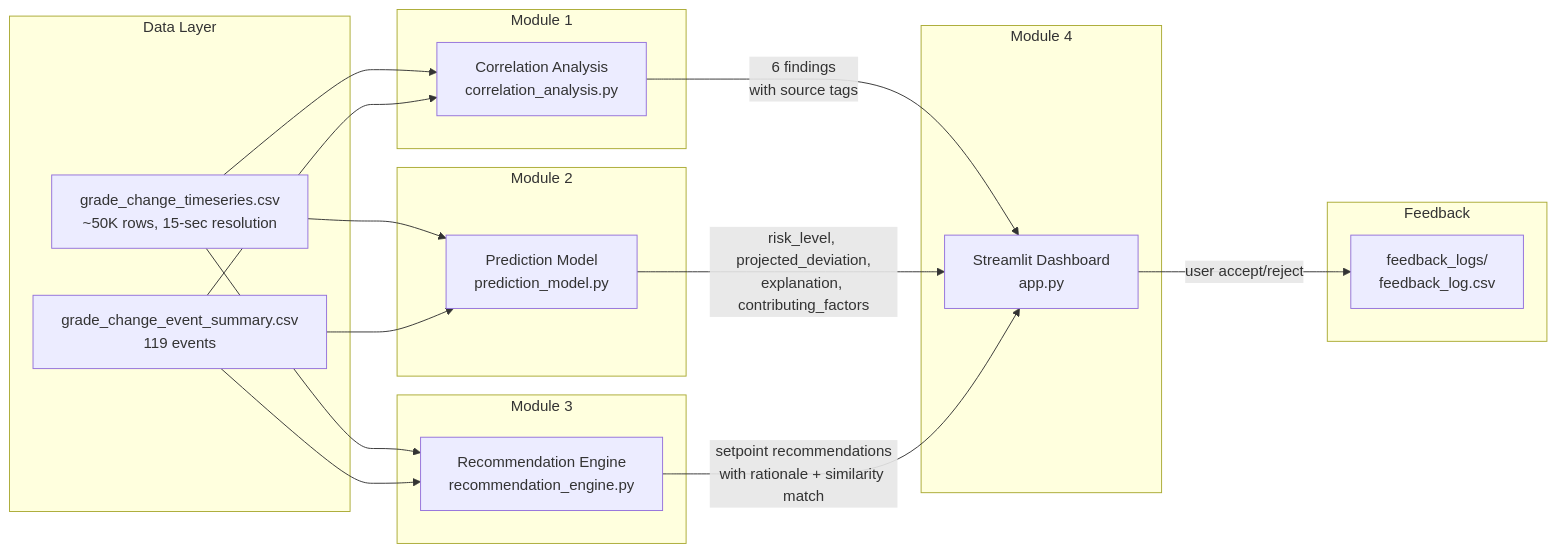
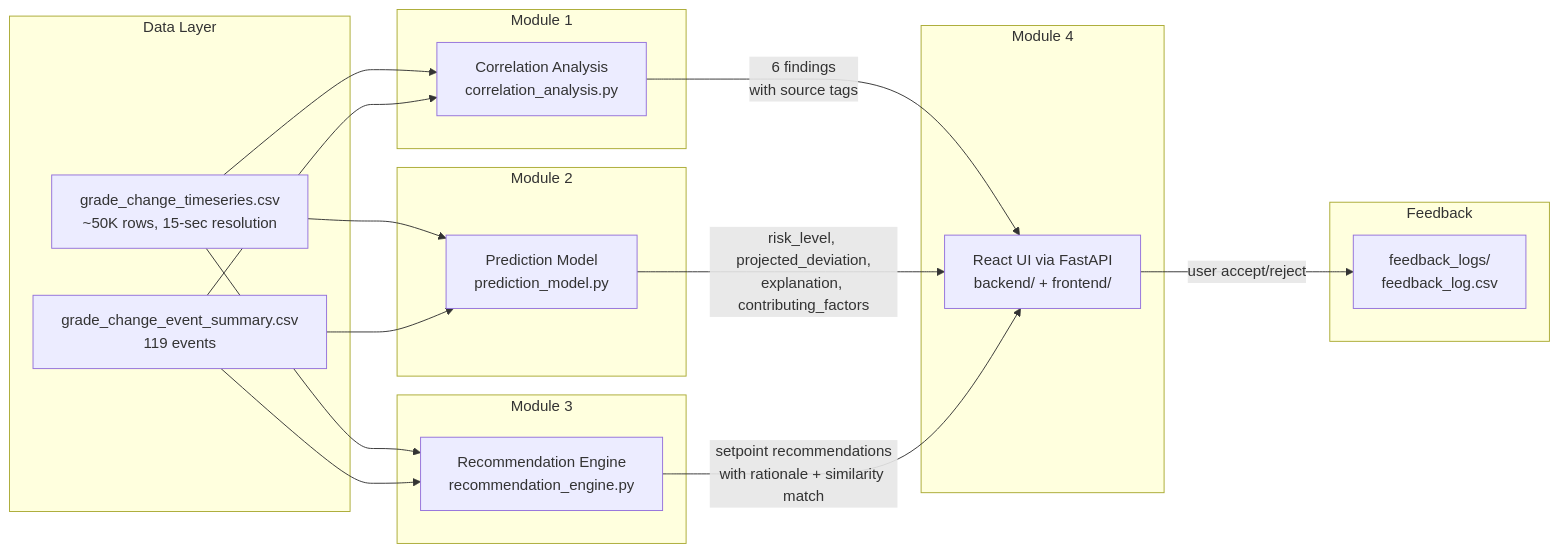
One commit to ritik-roushan-rana/grade-change-intelligence changed the diagram in docs/ARCHITECTURE.md. Above: the diagram before and after it, drawn with Mermaid. The commit also changed other lines of this file and 1 other file, not shown here.

First line of the commit message:
Update docs to describe the FastAPI + React interface

````diff
--- a/docs/ARCHITECTURE.md
+++ b/docs/ARCHITECTURE.md
@@ -5,38 +5,38 @@
 ```mermaid
 flowchart LR
     subgraph Data Layer
         A[grade_change_timeseries.csv<br/>~50K rows, 15-sec resolution]
         B[grade_change_event_summary.csv<br/>119 events]
     end
 
     subgraph Module 1
         C[Correlation Analysis<br/>correlation_analysis.py]
     end
 
     subgraph Module 2
         D[Prediction Model<br/>prediction_model.py]
     end
 
     subgraph Module 3
         E[Recommendation Engine<br/>recommendation_engine.py]
     end
 
     subgraph Module 4
-        F[Streamlit Dashboard<br/>app.py]
+        F[React UI via FastAPI<br/>backend/ + frontend/]
     end
 
     subgraph Feedback
         G[feedback_logs/<br/>feedback_log.csv]
     end
 
     A --> C
     B --> C
     A --> D
     B --> D
     A --> E
     B --> E
     C -->|6 findings<br/>with source tags| F
     D -->|risk_level, projected_deviation,<br/>explanation, contributing_factors| F
     E -->|setpoint recommendations<br/>with rationale + similarity match| F
     F -->|user accept/reject| G
 ```
````
